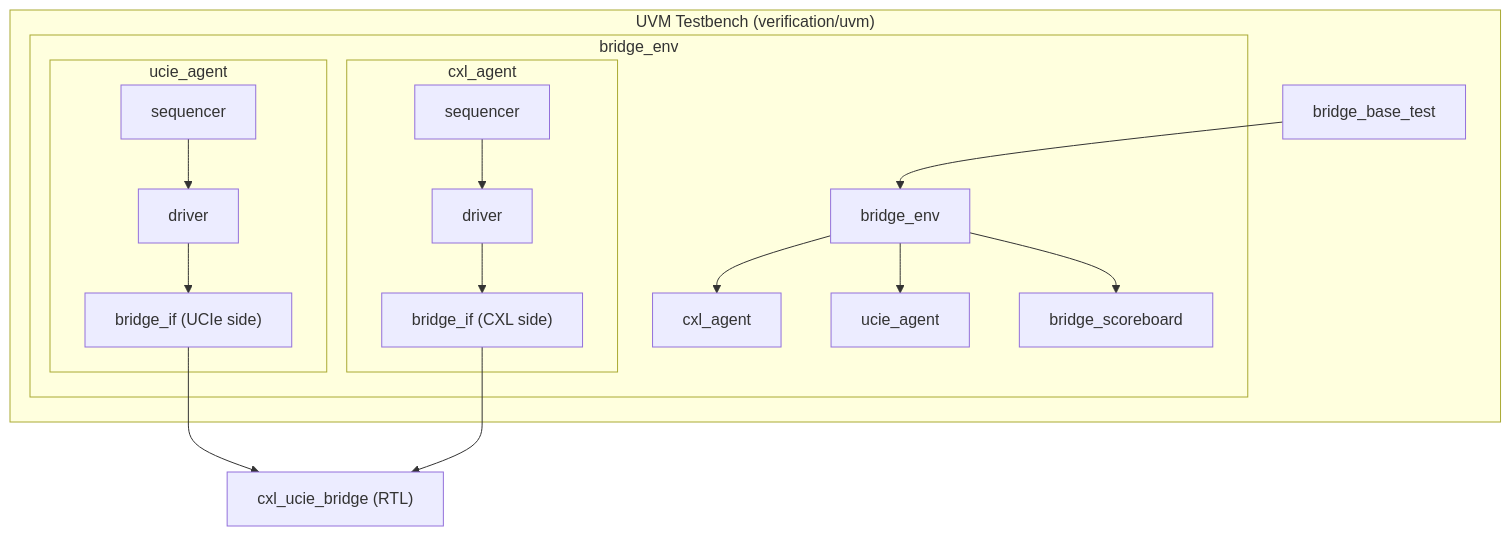
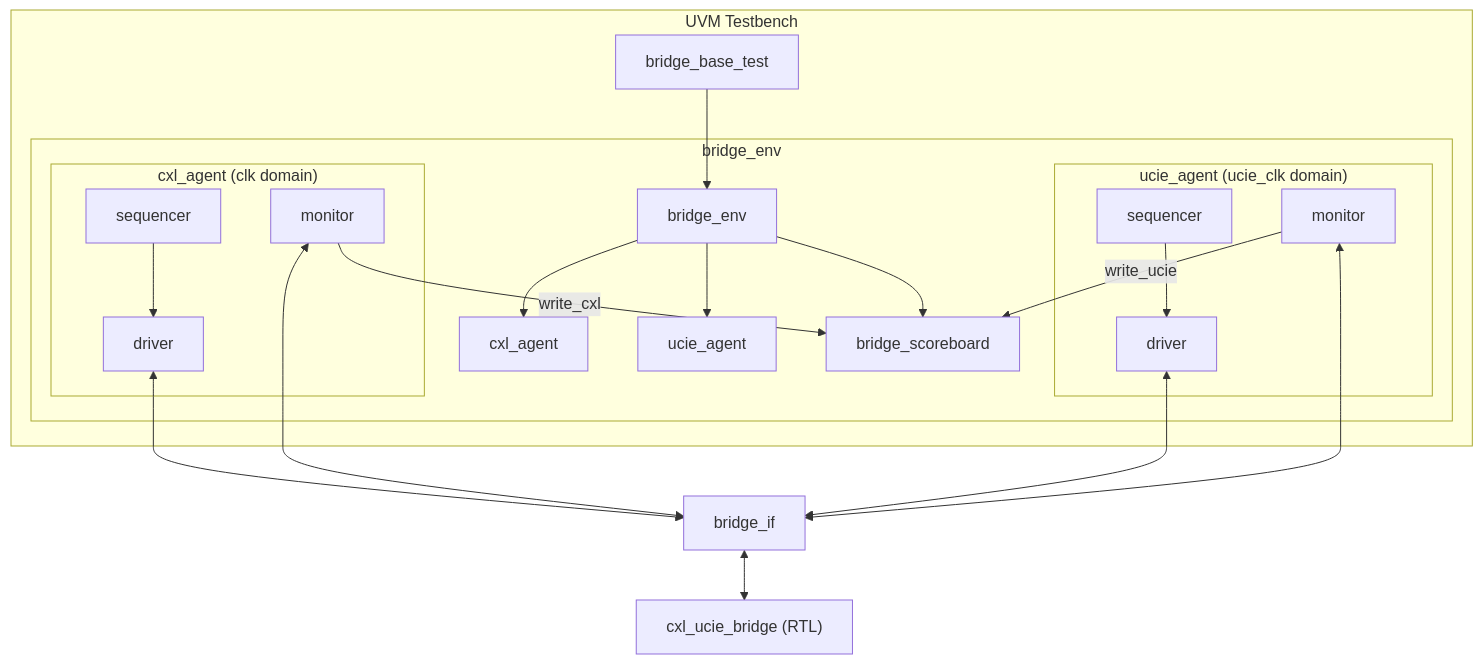
The diagram in verification/uvm/README.md (markrthomas/ucie-cxl-bridge), drawn with Mermaid before and after one commit. The commit also changed other lines of this file and 2 other files, not shown here.

First line of the commit message:
Enhance technical documentation with diagrams and tables

````diff
--- a/verification/uvm/README.md
+++ b/verification/uvm/README.md
@@ -9,24 +9,28 @@
 ```mermaid
 graph TD
-    subgraph "UVM Testbench (verification/uvm)"
+    subgraph "UVM Testbench"
         Test["bridge_base_test"] --> Env["bridge_env"]
         subgraph "bridge_env"
             Env --> CXL_Agent["cxl_agent"]
             Env --> UCIE_Agent["ucie_agent"]
             Env --> SB["bridge_scoreboard"]
             
-            subgraph "cxl_agent"
+            subgraph "cxl_agent (clk domain)"
                 CXL_SQ["sequencer"] --> CXL_DRV["driver"]
-                CXL_DRV --> CXL_IF["bridge_if (CXL side)"]
+                CXL_MON["monitor"]
             end
             
-            subgraph "ucie_agent"
+            subgraph "ucie_agent (ucie_clk domain)"
                 UCIE_SQ["sequencer"] --> UCIE_DRV["driver"]
-                UCIE_DRV --> UCIE_IF["bridge_if (UCIe side)"]
+                UCIE_MON["monitor"]
             end
         end
     end
     
-    CXL_IF --> DUT["cxl_ucie_bridge (RTL)"]
-    UCIE_IF --> DUT
+    CXL_DRV & CXL_MON <--> VIF["bridge_if"]
+    UCIE_DRV & UCIE_MON <--> VIF
+    VIF <--> DUT["cxl_ucie_bridge (RTL)"]
+
+    CXL_MON -- write_cxl --> SB
+    UCIE_MON -- write_ucie --> SB
 ```
````
